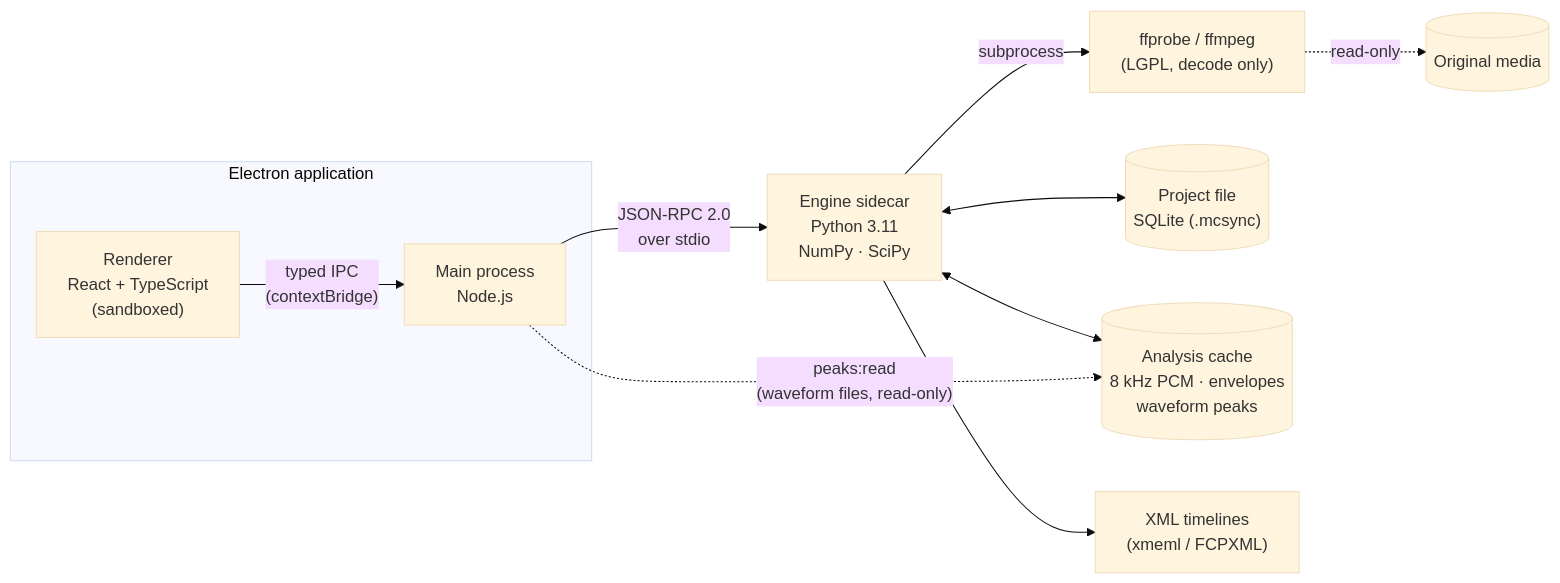
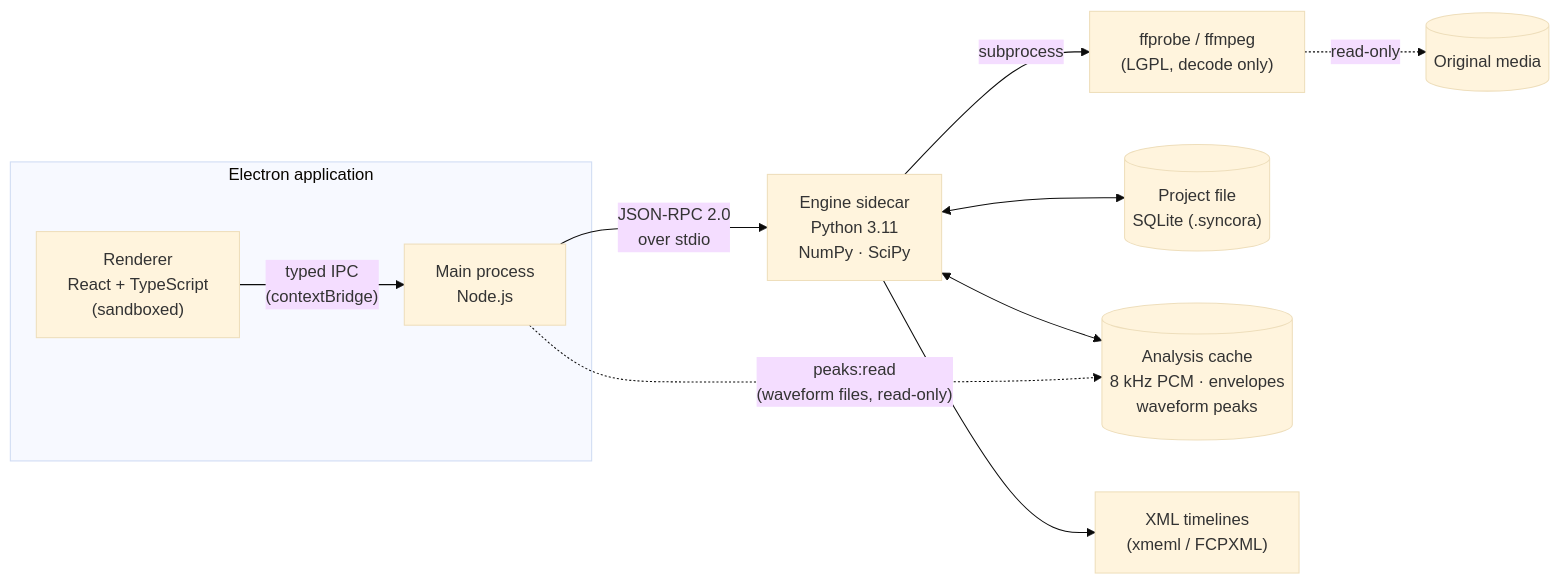
The first of 2 diagrams in docs/ARCHITECTURE.md (ZABRONMGAYA/ZABRONMGAYA), drawn with Mermaid (base theme) before and after one commit. The commit also changed other lines of this file and 13 other files, not shown here.

````diff
--- a/docs/ARCHITECTURE.md
+++ b/docs/ARCHITECTURE.md
@@ -24,15 +27,15 @@
 ```mermaid
 flowchart LR
     subgraph app["Electron application"]
         R["Renderer<br/>React + TypeScript<br/>(sandboxed)"]
         M["Main process<br/>Node.js"]
         R -- "typed IPC<br/>(contextBridge)" --> M
     end
     M -- "JSON-RPC 2.0<br/>over stdio" --> E["Engine sidecar<br/>Python 3.11<br/>NumPy · SciPy"]
     E -- "subprocess" --> F["ffprobe / ffmpeg<br/>(LGPL, decode only)"]
     F -. "read-only" .-> MEDIA[("Original media")]
-    E <--> DB[("Project file<br/>SQLite (.mcsync)")]
+    E <--> DB[("Project file<br/>SQLite (.syncora)")]
     E <--> C[("Analysis cache<br/>8 kHz PCM · envelopes<br/>waveform peaks")]
     M -. "peaks:read<br/>(waveform files, read-only)" .-> C
     E --> X["XML timelines<br/>(xmeml / FCPXML)"]
 ```
````
